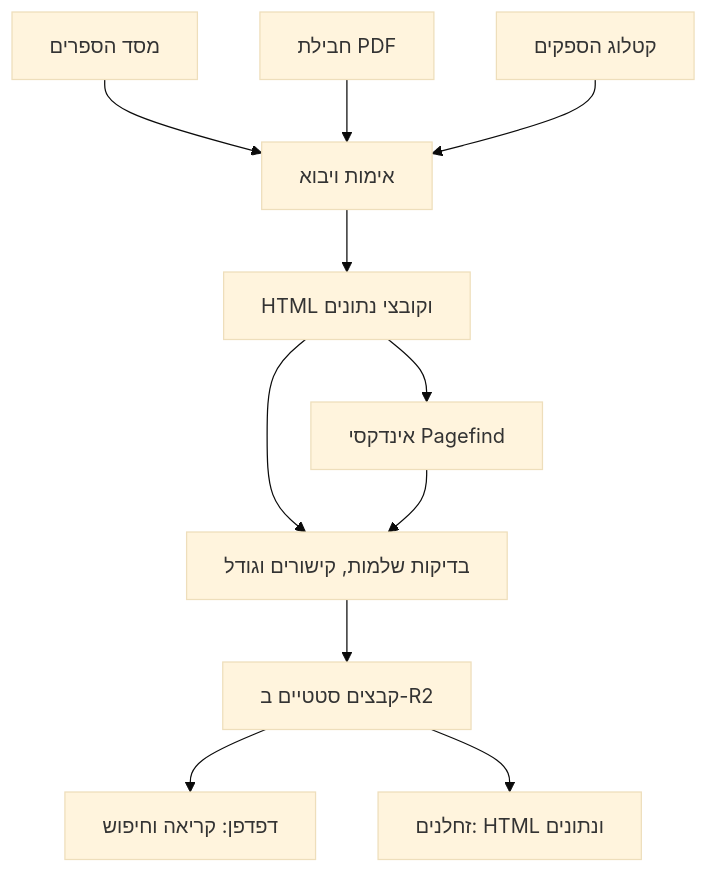
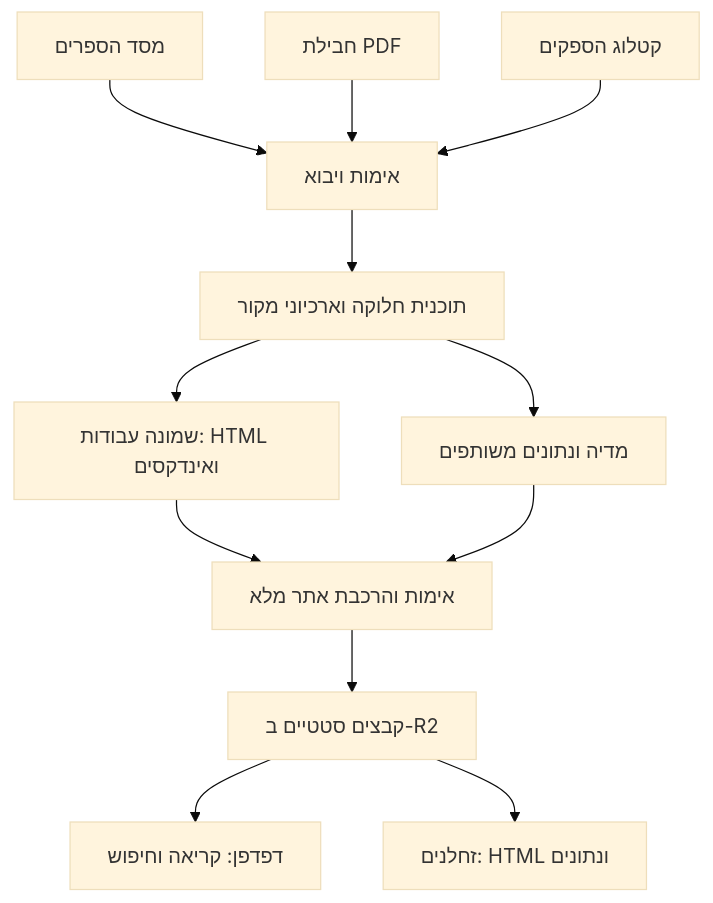
The diagram in docs/ARCHITECTURE.md (NHLOCAL/otzaria-web), drawn with Mermaid (base theme) before and after one commit. The commit also changed other lines of this file and 49 other files, not shown here.

````diff
--- a/docs/ARCHITECTURE.md
+++ b/docs/ARCHITECTURE.md
@@ -7,13 +7,14 @@
 ```mermaid
 flowchart TD
     A["מסד הספרים"] --> D["אימות ויבוא"]
     B["חבילת PDF"] --> D
     C["קטלוג הספקים"] --> D
-    D --> E["HTML וקובצי נתונים"]
-    E --> F["אינדקסי Pagefind"]
-    E --> G["בדיקות שלמות, קישורים וגודל"]
-    F --> G
-    G --> H["קבצים סטטיים ב-R2"]
-    H --> I["דפדפן: קריאה וחיפוש"]
-    H --> J["זחלנים: HTML ונתונים"]
+    D --> E["תוכנית חלוקה וארכיוני מקור"]
+    E --> F["שמונה עבודות: HTML ואינדקסים"]
+    E --> G["מדיה ונתונים משותפים"]
+    F --> H["אימות והרכבת אתר מלא"]
+    G --> H
+    H --> I["קבצים סטטיים ב-R2"]
+    I --> J["דפדפן: קריאה וחיפוש"]
+    I --> K["זחלנים: HTML ונתונים"]
 ```
````
